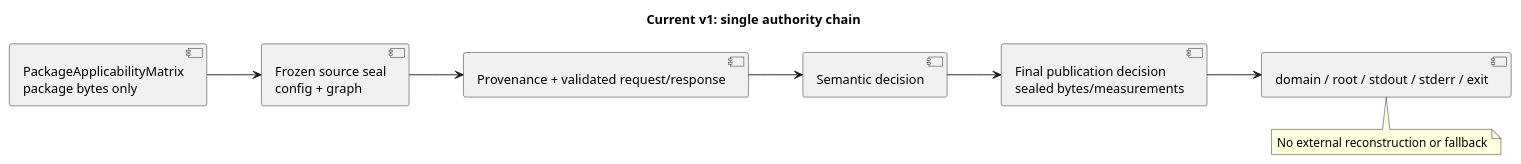
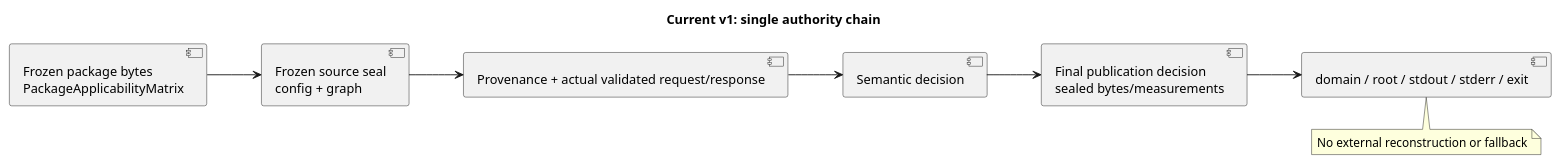
Before and after one commit to chemitaro/code-structure-viz: the first of 6 diagrams in spec-dock/initiatives/init-00001-code-structure-visualization/epics/epic-00002-safe-git-structure-comparison/issues/iss-00008-generate-nextjs-component-snapshots/design.md, drawn with PlantUML. The commit also changed other lines of this file and 41 other files, not shown here.

````diff
--- a/spec-dock/initiatives/init-00001-code-structure-visualization/epics/epic-00002-safe-git-structure-comparison/issues/iss-00008-generate-nextjs-component-snapshots/design.md
+++ b/spec-dock/initiatives/init-00001-code-structure-visualization/epics/epic-00002-safe-git-structure-comparison/issues/iss-00008-generate-nextjs-component-snapshots/design.md
@@ -21,18 +21,18 @@
 ```plantuml
 @startuml
 title Current v1: single authority chain
 left to right direction
-component "PackageApplicabilityMatrix\npackage bytes only" as A
+component "Frozen package bytes\nPackageApplicabilityMatrix" as A
 component "Frozen source seal\nconfig + graph" as S
-component "Provenance + validated request/response" as V
+component "Provenance + actual validated request/response" as V
 component "Semantic decision" as D
 component "Final publication decision\nsealed bytes/measurements" as P
 component "domain / root / stdout / stderr / exit" as O
 A --> S
 S --> V
 V --> D
 D --> P
 P --> O
 note bottom of O : No external reconstruction or fallback
 @enduml
 ```
````
